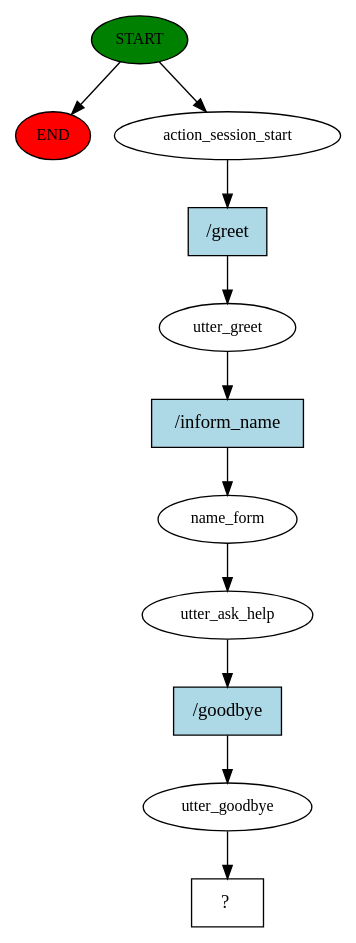
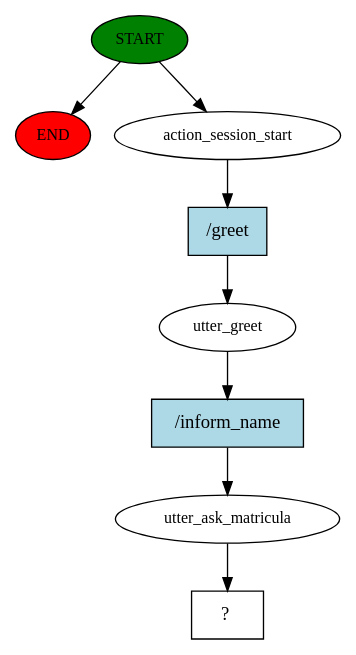
The diagram in story_graph.dot (ofernandobarbosa/chatbot_IF), drawn with Graphviz before and after one commit. The commit also changed 4 other files, not shown here.

```diff
--- a/story_graph.dot
+++ b/story_graph.dot
@@ -1,23 +1,17 @@
 digraph  {
 0 [class="start active", fillcolor=green, fontsize=12, label=START, style=filled];
 "-1" [class=end, fillcolor=red, fontsize=12, label=END, style=filled];
 1 [class=active, fontsize=12, label=action_session_start];
 2 [class=active, fontsize=12, label=utter_greet];
-3 [class=active, fontsize=12, label=name_form];
-4 [class=active, fontsize=12, label=utter_ask_help];
-5 [class=active, fontsize=12, label=utter_goodbye];
-6 [class="intent dashed active", label="  ?  ", shape=rect];
-7 [class="intent active", fillcolor=lightblue, label="/greet", shape=rect, style=filled];
-8 [class="intent active", fillcolor=lightblue, label="/inform_name", shape=rect, style=filled];
-9 [class="intent active", fillcolor=lightblue, label="/goodbye", shape=rect, style=filled];
+3 [class=active, fontsize=12, label=utter_ask_matricula];
+4 [class="intent dashed active", label="  ?  ", shape=rect];
+5 [class="intent active", fillcolor=lightblue, label="/greet", shape=rect, style=filled];
+6 [class="intent active", fillcolor=lightblue, label="/inform_name", shape=rect, style=filled];
 0 -> "-1"  [class="", key=NONE, label=""];
 0 -> 1  [class=active, key=NONE, label=""];
-1 -> 7  [class=active, key=0];
-2 -> 8  [class=active, key=0];
+1 -> 5  [class=active, key=0];
+2 -> 6  [class=active, key=0];
 3 -> 4  [class=active, key=NONE, label=""];
-4 -> 9  [class=active, key=0];
-5 -> 6  [class=active, key=NONE, label=""];
-7 -> 2  [class=active, key=0];
-8 -> 3  [class=active, key=0];
-9 -> 5  [class=active, key=0];
+5 -> 2  [class=active, key=0];
+6 -> 3  [class=active, key=0];
 }
```
